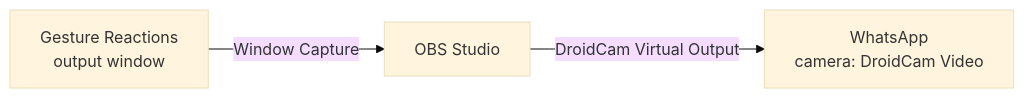
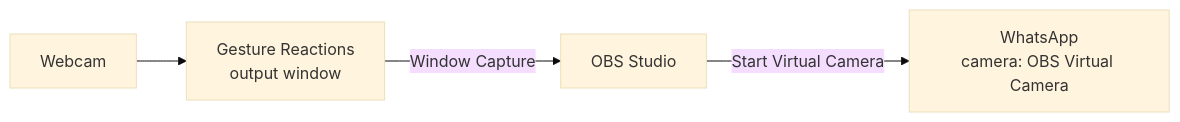
Before and after one commit to saihardhikreddy/gesture-reactions: the first of 2 diagrams in README.md, drawn with Mermaid (base theme). The commit also changed other lines of this file, not shown here.

First line of the commit message:
README: step-by-step Windows setup, camera picking and WhatsApp guide

````diff
--- a/README.md
+++ b/README.md
@@ -68,5 +81,6 @@
 ```mermaid
 flowchart LR
-    A[Gesture Reactions<br/>output window] -->|Window Capture| B[OBS Studio]
-    B -->|DroidCam Virtual Output| C[WhatsApp<br/>camera: DroidCam Video]
+    A[Webcam] --> B[Gesture Reactions<br/>output window]
+    B -->|Window Capture| C[OBS Studio]
+    C -->|Start Virtual Camera| D[WhatsApp<br/>camera: OBS Virtual Camera]
 ```
````
